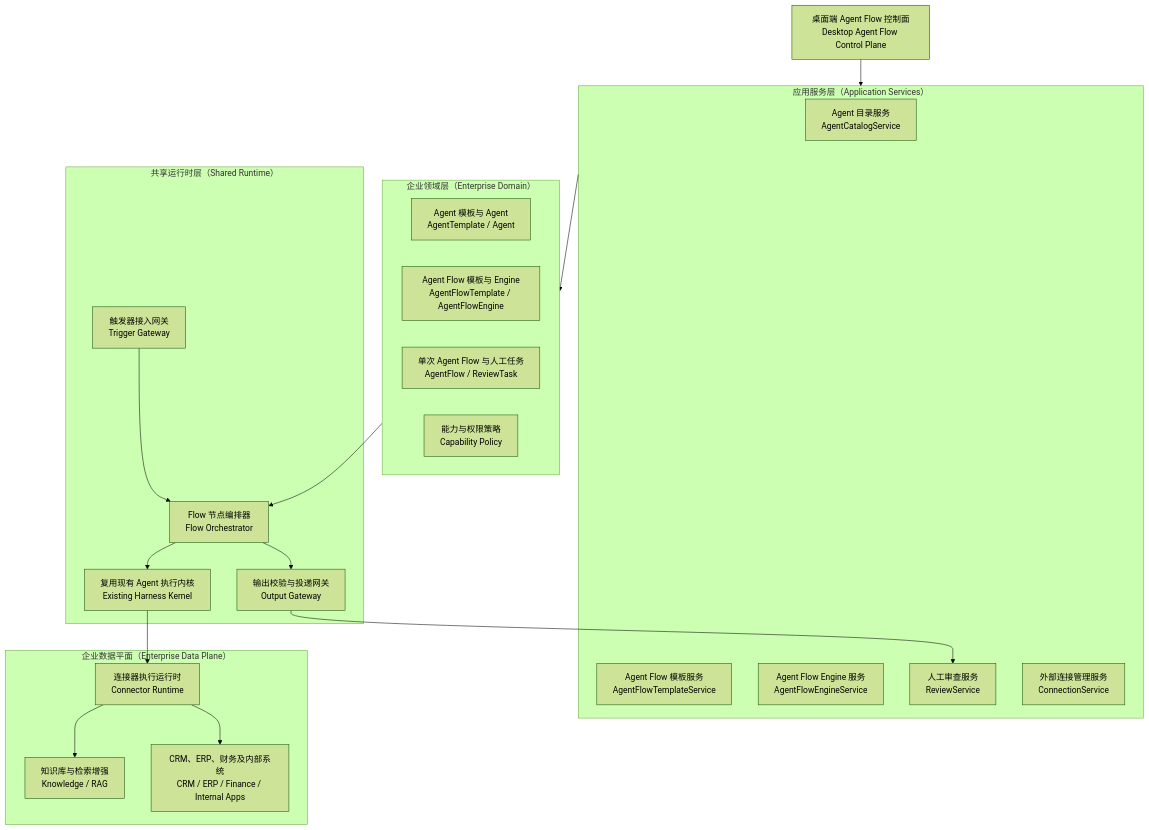
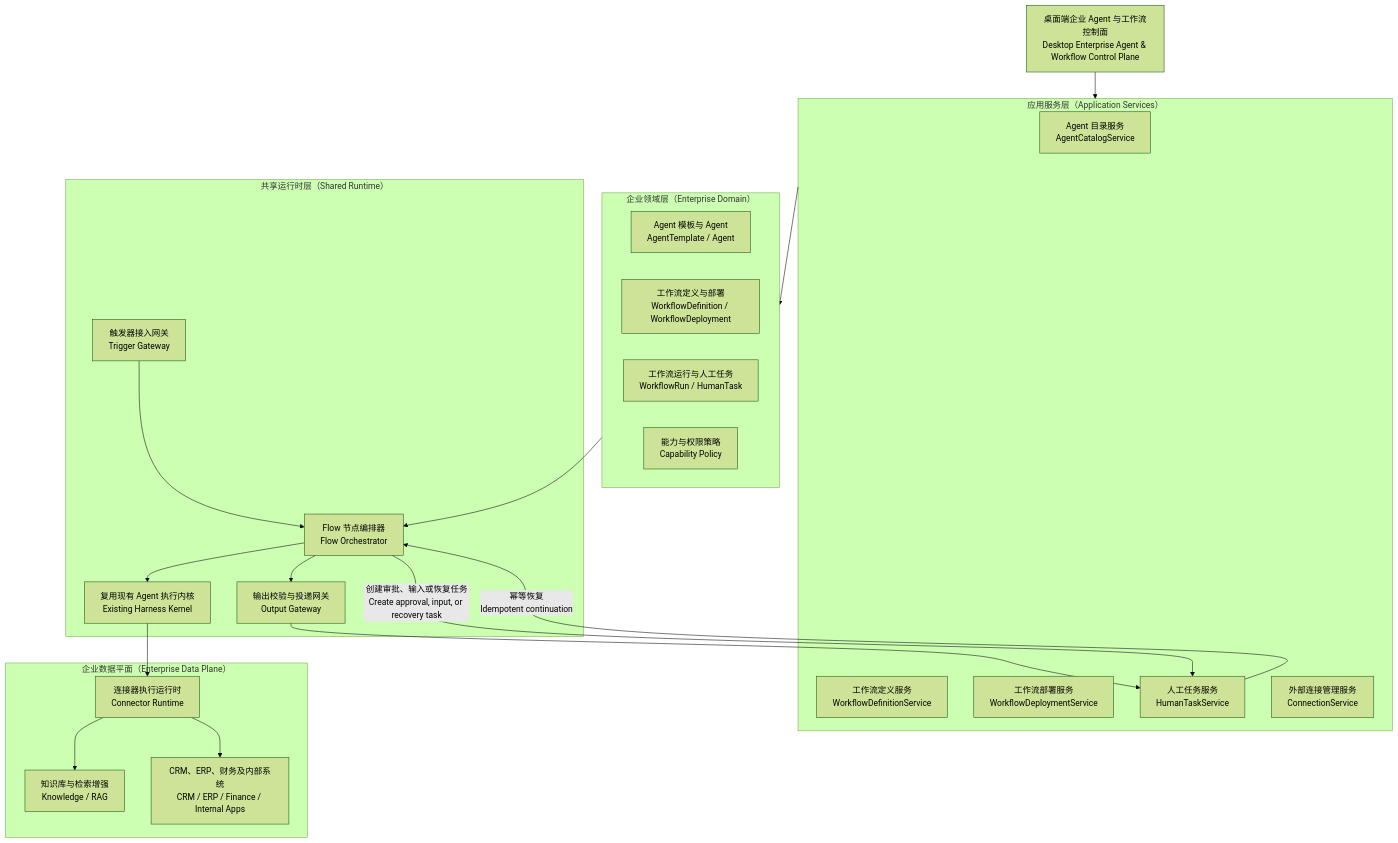
The first of 2 diagrams in docs/flow-mode-refactor-design-zh-cn.md (StagoMax/OpenTopia), drawn with Mermaid (forest theme) before and after one commit. The commit also changed other lines of this file, not shown here.

First line of the commit message:
docs(workflow): clarify enterprise workflow domain design

````diff
--- a/docs/flow-mode-refactor-design-zh-cn.md
+++ b/docs/flow-mode-refactor-design-zh-cn.md
@@ -351,43 +452,45 @@
 ```mermaid
 flowchart TB
-    UI["桌面端 Agent Flow 控制面<br/>Desktop Agent Flow Control Plane"]
+    UI["桌面端企业 Agent 与工作流控制面<br/>Desktop Enterprise Agent & Workflow Control Plane"]
 
     subgraph APP["应用服务层（Application Services）"]
         AC["Agent 目录服务<br/>AgentCatalogService"]
-        FC["Agent Flow 模板服务<br/>AgentFlowTemplateService"]
-        ES["Agent Flow Engine 服务<br/>AgentFlowEngineService"]
-        RS["人工审查服务<br/>ReviewService"]
+        FC["工作流定义服务<br/>WorkflowDefinitionService"]
+        ES["工作流部署服务<br/>WorkflowDeploymentService"]
+        RS["人工任务服务<br/>HumanTaskService"]
         CS["外部连接管理服务<br/>ConnectionService"]
     end
 
     subgraph DOMAIN["企业领域层（Enterprise Domain）"]
         AT["Agent 模板与 Agent<br/>AgentTemplate / Agent"]
-        FD["Agent Flow 模板与 Engine<br/>AgentFlowTemplate / AgentFlowEngine"]
-        FR["单次 Agent Flow 与人工任务<br/>AgentFlow / ReviewTask"]
+        FD["工作流定义与部署<br/>WorkflowDefinition / WorkflowDeployment"]
+        FR["工作流运行与人工任务<br/>WorkflowRun / HumanTask"]
         CP["能力与权限策略<br/>Capability Policy"]
     end
 
     subgraph RUNTIME["共享运行时层（Shared Runtime）"]
         TR["触发器接入网关<br/>Trigger Gateway"]
         OR["Flow 节点编排器<br/>Flow Orchestrator"]
         HK["复用现有 Agent 执行内核<br/>Existing Harness Kernel"]
         OG["输出校验与投递网关<br/>Output Gateway"]
     end
 
     subgraph DATA["企业数据平面（Enterprise Data Plane）"]
         CN["连接器执行运行时<br/>Connector Runtime"]
         KB["知识库与检索增强<br/>Knowledge / RAG"]
         AP["CRM、ERP、财务及内部系统<br/>CRM / ERP / Finance / Internal Apps"]
     end
 
     UI --> APP
     APP --> DOMAIN
     TR --> OR
     OR --> HK
     HK --> CN
     CN --> KB
     CN --> AP
     OR --> OG
     OG --> RS
+    OR -->|创建审批、输入或恢复任务<br/>Create approval, input, or recovery task| RS
+    RS -->|幂等恢复<br/>Idempotent continuation| OR
     DOMAIN --> OR
 ```
````
